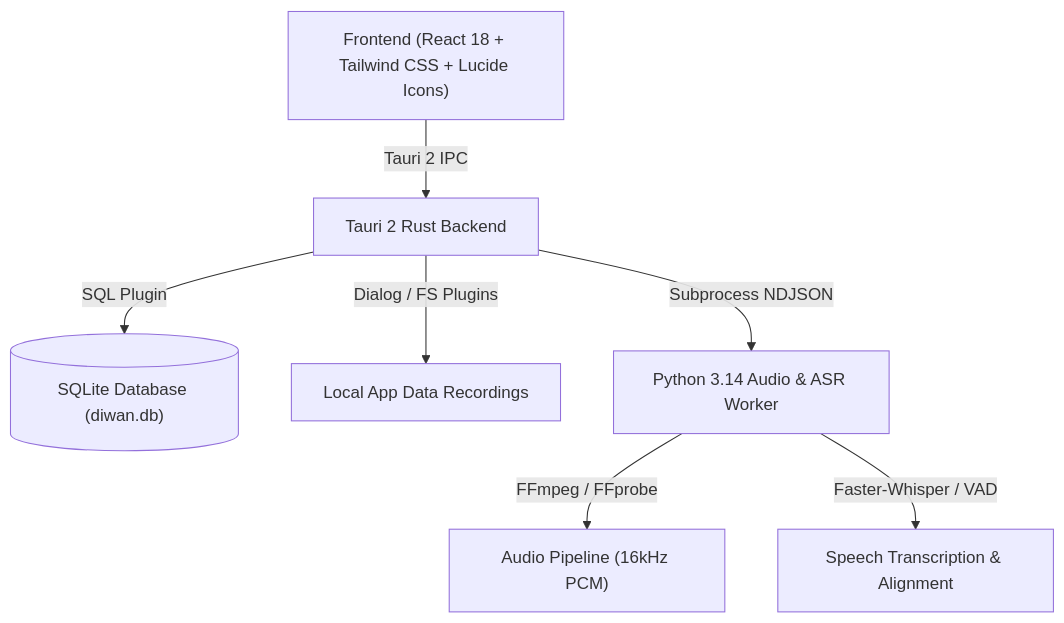
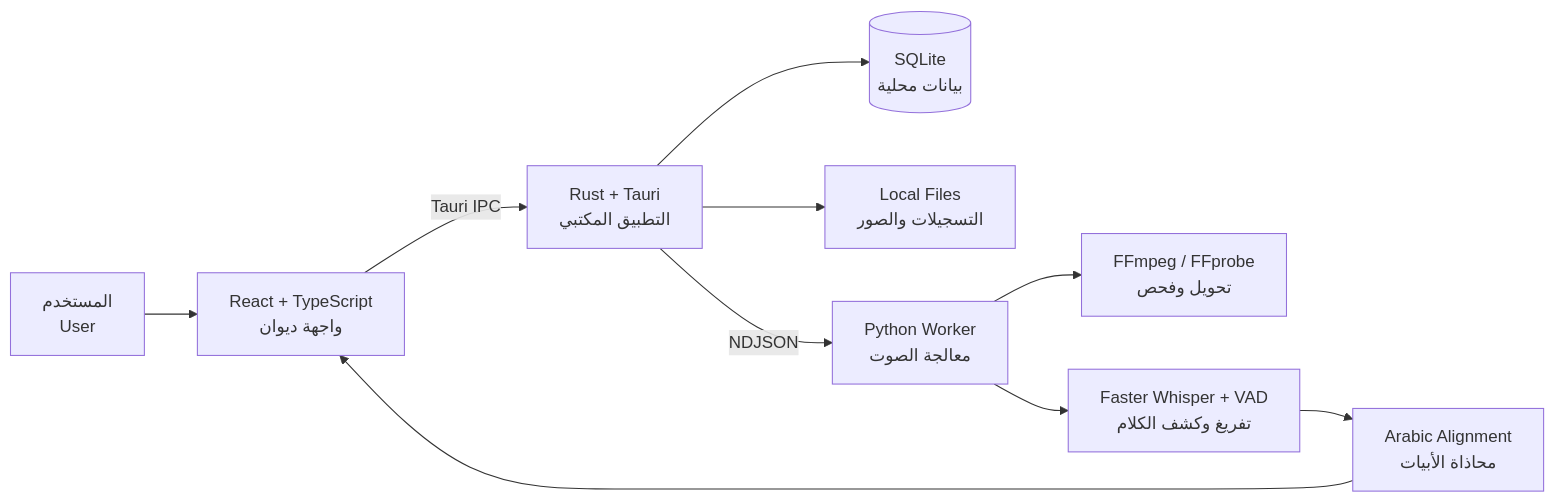
One commit to maleksaadi0109/Diwan changed the diagram in artifacts/arabic-poetry/README.md. Above: the diagram before and after it, drawn with Mermaid. The commit also changed other lines of this file, not shown here.

First line of the commit message:
Update documentation for Arabic poetry artifacts

````diff
--- a/artifacts/arabic-poetry/README.md
+++ b/artifacts/arabic-poetry/README.md
@@ -53,9 +49,12 @@
 ```mermaid
-graph TD
-    UI["Frontend (React 18 + Tailwind CSS + Lucide Icons)"] -->|Tauri 2 IPC| Core["Tauri 2 Rust Backend"]
-    Core -->|SQL Plugin| DB[("SQLite Database (diwan.db)")]
-    Core -->|Dialog / FS Plugins| LocalFS["Local App Data Recordings"]
-    Core -->|Subprocess NDJSON| Worker["Python 3.14 Audio & ASR Worker"]
-    Worker -->|FFmpeg / FFprobe| AudioEngine["Audio Pipeline (16kHz PCM)"]
-    Worker -->|Faster-Whisper / VAD| ASREngine["Speech Transcription & Alignment"]
+flowchart LR
+    U["المستخدم<br/>User"] --> UI["React + TypeScript<br/>واجهة ديوان"]
+    UI -->|Tauri IPC| R["Rust + Tauri<br/>التطبيق المكتبي"]
+    R --> DB[("SQLite<br/>بيانات محلية")]
+    R --> FS["Local Files<br/>التسجيلات والصور"]
+    R -->|NDJSON| PY["Python Worker<br/>معالجة الصوت"]
+    PY --> FF["FFmpeg / FFprobe<br/>تحويل وفحص"]
+    PY --> ASR["Faster Whisper + VAD<br/>تفريغ وكشف الكلام"]
+    ASR --> ALIGN["Arabic Alignment<br/>محاذاة الأبيات"]
+    ALIGN --> UI
 ```
````
